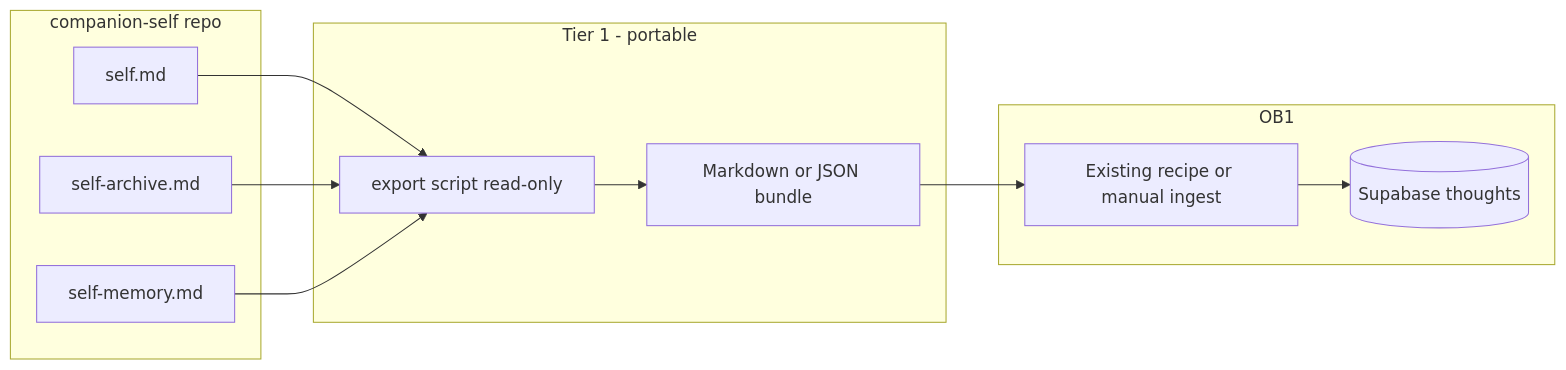
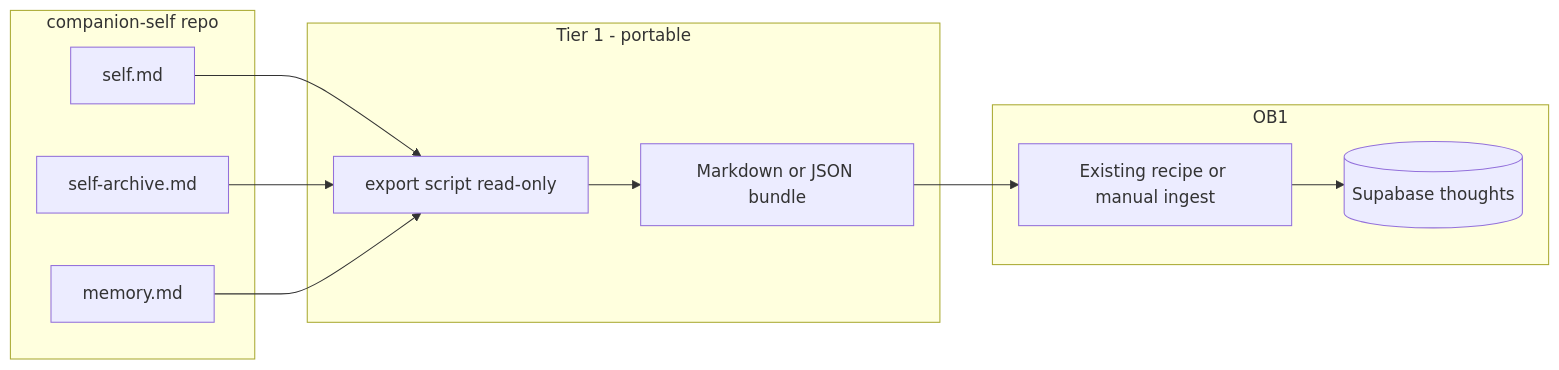
One commit to rbtkhn/strategy-codex changed the first of 2 diagrams in docs/skill-work/work-dev/ob1-companion-self-bridge-consolidated.md. Above: the diagram before and after it, drawn with Mermaid. The commit also changed other lines of this file and 479 other files, not shown here.

````diff
--- a/docs/skill-work/work-dev/ob1-companion-self-bridge-consolidated.md
+++ b/docs/skill-work/work-dev/ob1-companion-self-bridge-consolidated.md
@@ -59,22 +59,22 @@
 ```mermaid
 flowchart LR
   subgraph cs [companion-self repo]
     Self[self.md]
     Evid[self-archive.md]
-    Mem[self-memory.md]
+    Mem[memory.md]
   end
   subgraph tier1 [Tier 1 - portable]
     Export[export script read-only]
     Bundle[Markdown or JSON bundle]
   end
   subgraph ob1 [OB1]
     Recipe[Existing recipe or manual ingest]
     DB[(Supabase thoughts)]
   end
   Self --> Export
   Evid --> Export
   Mem --> Export
   Export --> Bundle
   Bundle --> Recipe
   Recipe --> DB
 ```
````
